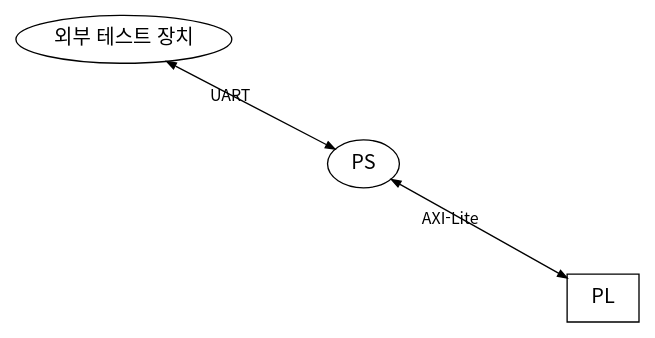
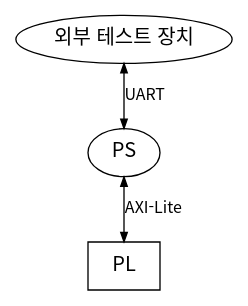
One commit to Woodong02/SoC_Design_and_Programming changed the diagram in diagrams/level1_top.dot. Above: the diagram before and after it, drawn with Graphviz. The commit also changed 5 other files, not shown here.

Commit message:
3계층 다이어그램을 rank=same 그리드 방식으로 재작성 (공간 낭비 해소)

```diff
--- a/diagrams/level1_top.dot
+++ b/diagrams/level1_top.dot
@@ -1,13 +1,13 @@
 digraph G {
-    layout=neato;
+    rankdir=TB;
     fontname="Noto Sans CJK KR";
     node [shape=box, fontname="Noto Sans CJK KR", fontsize=15, color=black];
     edge [fontname="Noto Sans CJK KR", fontsize=12, color=black, arrowsize=0.7];
 
-    EXT [label="외부 테스트 장치", shape=ellipse, pos="0,3!"];
-    PS  [label="PS", shape=ellipse, pos="2.5,1.7!"];
-    PL  [label="PL", pos="5,0.3!"];
+    EXT [label="외부 테스트 장치", shape=ellipse];
+    PS  [label="PS", shape=ellipse];
+    PL  [label="PL"];
 
     EXT -> PS [label="UART", dir=both];
     PS  -> PL [label="AXI-Lite", dir=both];
 }
```
